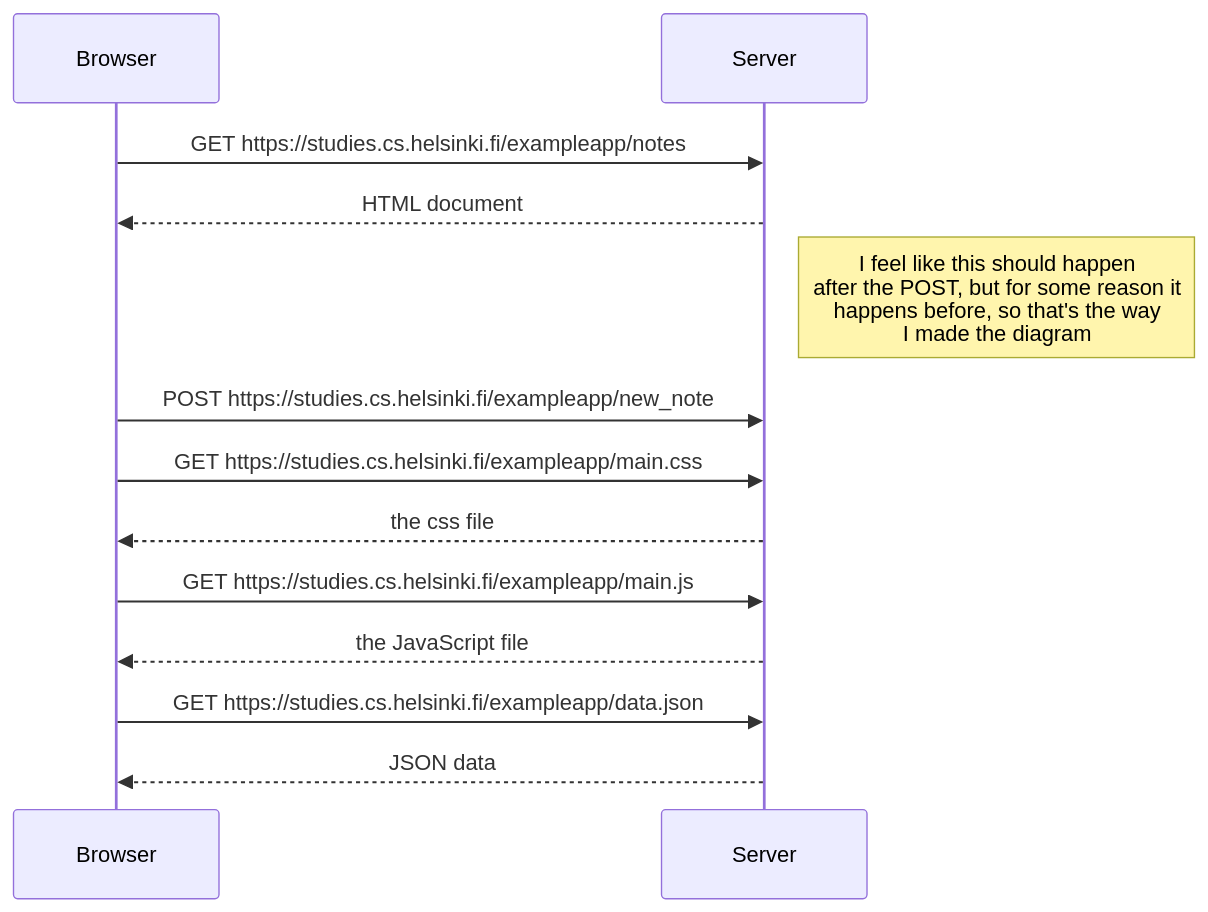
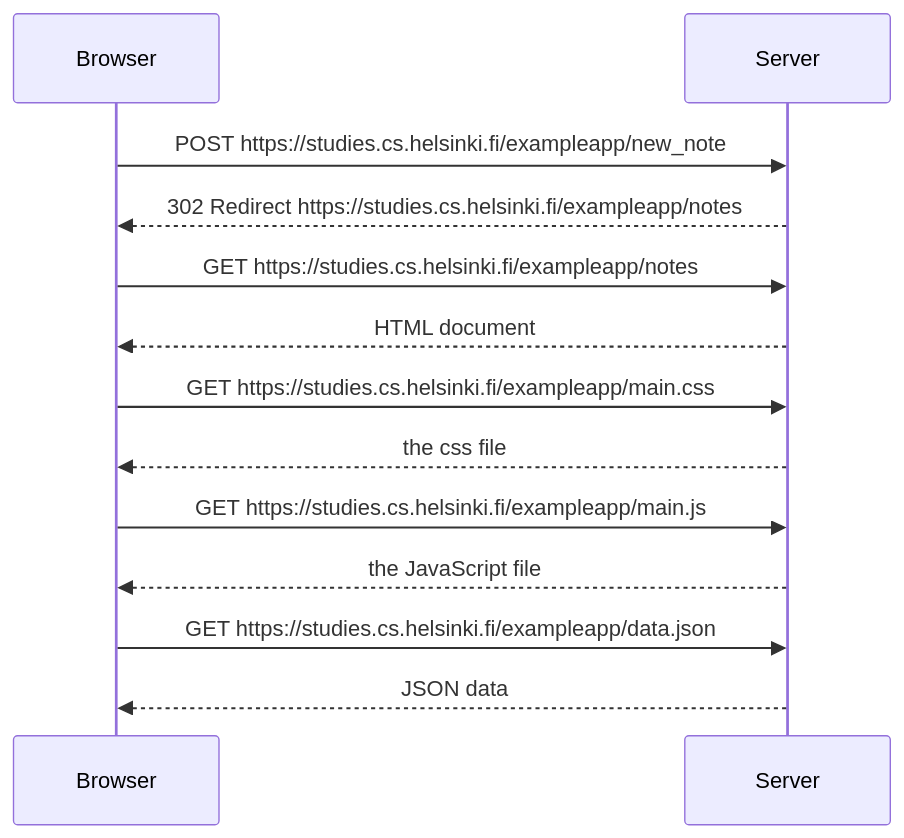
One commit to awesomebunny2/Full-Stack-Open changed the diagram in Part 0/0.4.md. Above: the diagram before and after it, drawn with Mermaid.

````diff
--- a/Part 0/0.4.md
+++ b/Part 0/0.4.md
@@ -3,19 +3,18 @@
 ```mermaid
 sequenceDiagram
+    Browser->>Server: POST https://studies.cs.helsinki.fi/exampleapp/new_note
+    Server-->>Browser: 302 Redirect https://studies.cs.helsinki.fi/exampleapp/notes
+
     Browser->>Server: GET https://studies.cs.helsinki.fi/exampleapp/notes
     Server-->>Browser: HTML document
-
-    Note right of Server: I feel like this should happen<br/>after the POST, but for some reason it<br/>happens before, so that's the way<br/>I made the diagram
-
-    Browser->>Server: POST https://studies.cs.helsinki.fi/exampleapp/new_note
 
     Browser->>Server: GET https://studies.cs.helsinki.fi/exampleapp/main.css
     Server-->>Browser: the css file
 
     Browser->>Server: GET https://studies.cs.helsinki.fi/exampleapp/main.js
     Server-->>Browser: the JavaScript file
 
     Browser->>Server: GET https://studies.cs.helsinki.fi/exampleapp/data.json
     Server-->>Browser: JSON data
 
 ```
````
